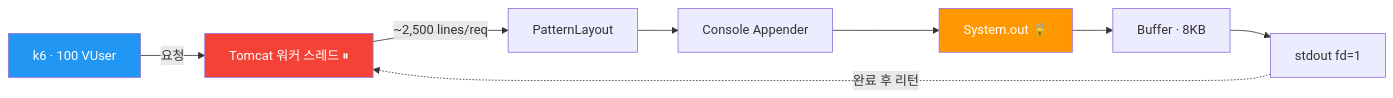
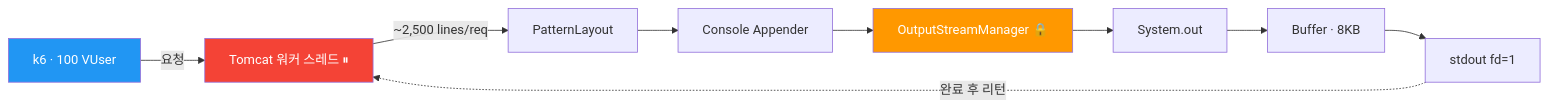
Before and after one commit to gukin-han/logging-lab: the second of 5 diagrams in README.md, drawn with Mermaid. The commit also changed other lines of this file and 2 other files, not shown here.

First line of the commit message:
스레드 덤프 분석 추가: 병목 지점 정정 (System.out → OutputStreamManager)

````diff
--- a/README.md
+++ b/README.md
@@ -134,14 +135,15 @@
 ```mermaid
 flowchart LR
     Client["k6 · 100 VUser"] -->|"요청"| T["Tomcat 워커 스레드 ⏸"]
     T -->|"~2,500 lines/req"| PL["PatternLayout"]
     PL --> CA["Console Appender"]
-    CA --> SOUT["System.out 🔒"]
+    CA --> OSM["OutputStreamManager 🔒"]
+    OSM --> SOUT["System.out"]
     SOUT --> BUF["Buffer · 8KB"]
     BUF --> FD["stdout fd=1"]
     FD -.->|"완료 후 리턴"| T
 
     style T fill:#F44336,color:#fff
-    style SOUT fill:#FF9800,color:#fff
+    style OSM fill:#FF9800,color:#fff
     style Client fill:#2196F3,color:#fff
 ```
````
